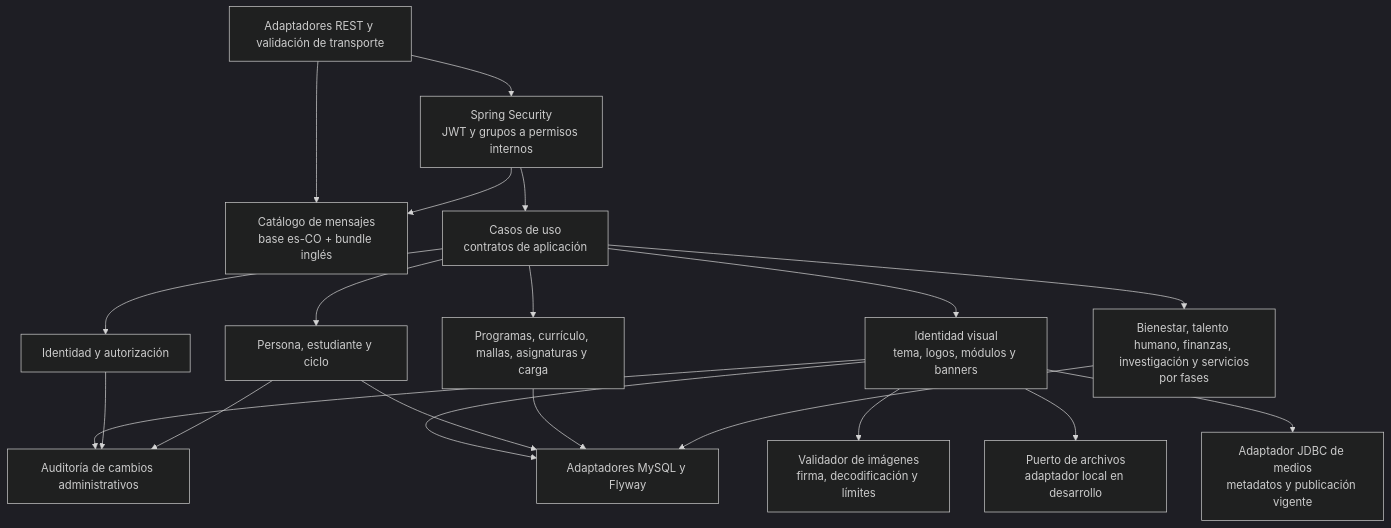
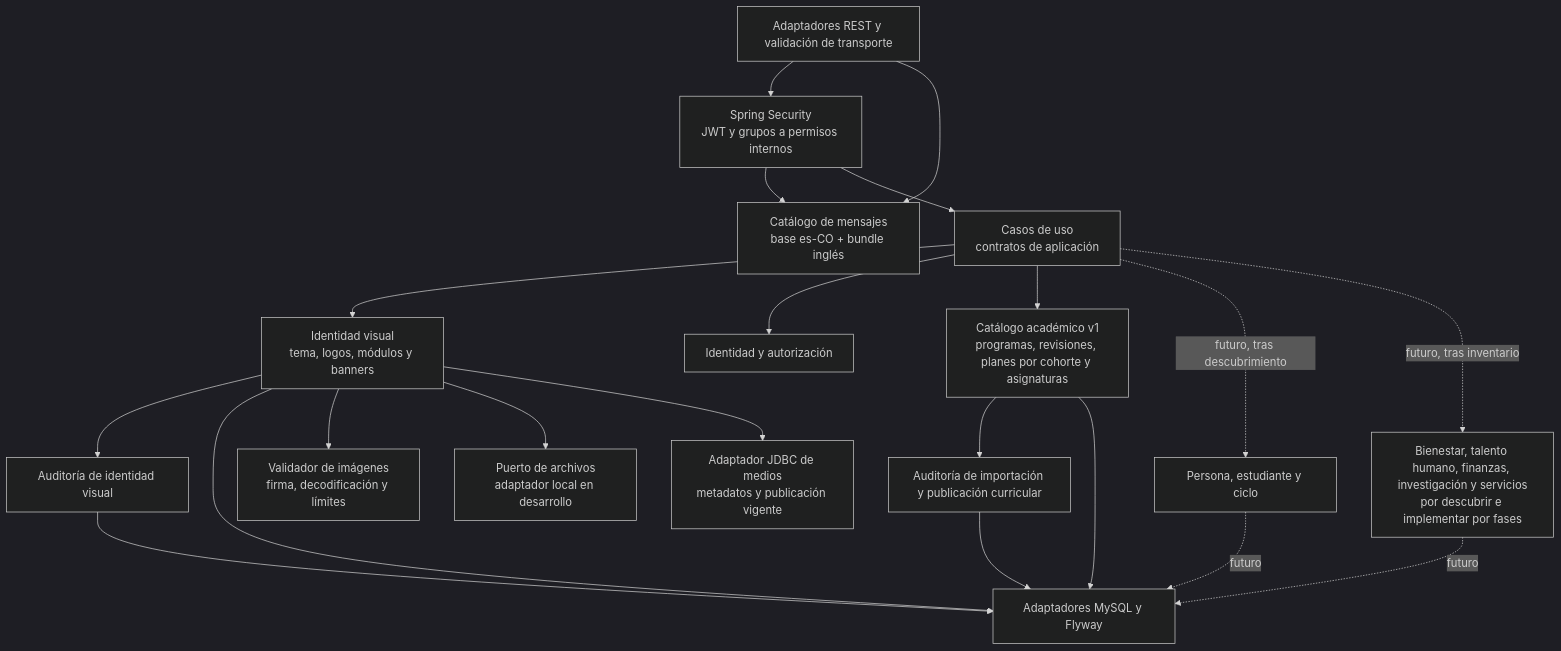
Before and after one commit to jdsalasca/open-university-backend: the third of 3 diagrams in docs/architecture/c4.md, drawn with Mermaid (dark theme). The commit also changed other lines of this file and 11 other files, not shown here.

````diff
--- a/docs/architecture/c4.md
+++ b/docs/architecture/c4.md
@@ -52,37 +62,39 @@
 ```mermaid
 flowchart TB
   Web[Adaptadores REST y validación de transporte]
   Security[Spring Security\nJWT y grupos a permisos internos]
   I18n[Catálogo de mensajes\nbase es-CO + bundle inglés]
   UseCases[Casos de uso\ncontratos de aplicación]
   Branding[Identidad visual\ntema, logos, módulos y banners]
   Identity[Identidad y autorización]
   Student[Persona, estudiante y ciclo]
-  Academics[Programas, currículo, mallas, asignaturas y carga]
-  Other[Bienestar, talento humano, finanzas, investigación y servicios\npor fases]
-  Audit[Auditoría de cambios administrativos]
+  Academics[Catálogo académico v1\nprogramas, revisiones, planes por cohorte y asignaturas]
+  Other[Bienestar, talento humano, finanzas, investigación y servicios\npor descubrir e implementar por fases]
+  BrandingAudit[Auditoría de identidad visual]
+  AcademicAudit[Auditoría de importación y publicación curricular]
   Persistence[Adaptadores MySQL y Flyway]
   MediaValidation[Validador de imágenes\nfirma, decodificación y límites]
   AssetStorage[Puerto de archivos\nadaptador local en desarrollo]
   AssetRepository[Adaptador JDBC de medios\nmetadatos y publicación vigente]
 
   Web --> Security
   Web --> I18n
   Security --> I18n
   Security --> UseCases
   UseCases --> Branding
   UseCases --> Identity
-  UseCases --> Student
   UseCases --> Academics
-  UseCases --> Other
-  Branding --> Audit
-  Identity --> Audit
-  Student --> Audit
+  UseCases -. futuro, tras descubrimiento .-> Student
+  UseCases -. futuro, tras inventario .-> Other
+  Branding --> BrandingAudit
+  BrandingAudit --> Persistence
+  Academics --> AcademicAudit
+  AcademicAudit --> Persistence
   Branding --> Persistence
   Branding --> MediaValidation
   Branding --> AssetStorage
   Branding --> AssetRepository
-  Student --> Persistence
   Academics --> Persistence
-  Other --> Persistence
+  Student -. futuro .-> Persistence
+  Other -. futuro .-> Persistence
 ```
````
